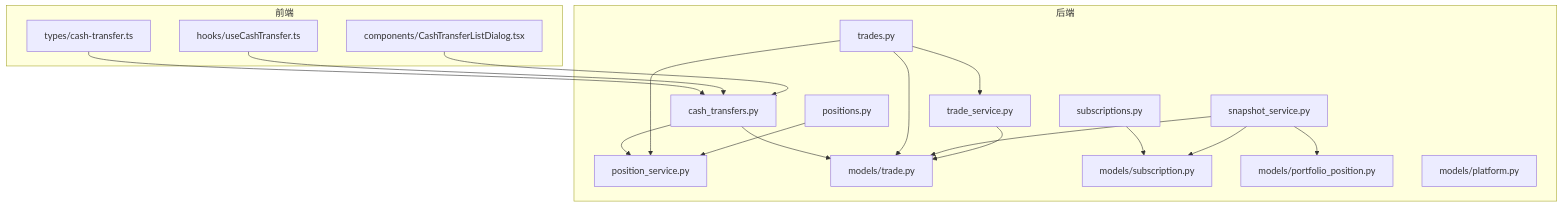
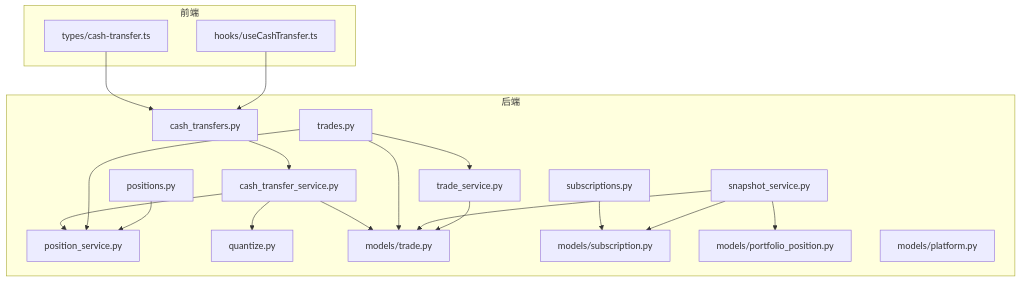
The first of 9 diagrams in .qoder/repowiki/zh/content/核心业务功能/平台间现金转移系统.md (gujialind/InvestRing), drawn with Mermaid before and after one commit. The commit also changed other lines of this file and 65 other files, not shown here.

````diff
--- a/.qoder/repowiki/zh/content/核心业务功能/平台间现金转移系统.md
+++ b/.qoder/repowiki/zh/content/核心业务功能/平台间现金转移系统.md
@@ -63,35 +63,37 @@
 ```mermaid
 graph TB
 subgraph "后端"
 R1["cash_transfers.py"]
 R2["trades.py"]
 R3["subscriptions.py"]
 R4["positions.py"]
 S1["snapshot_service.py"]
 S2["position_service.py"]
 S3["trade_service.py"]
+S4["cash_transfer_service.py"]
+U1["quantize.py"]
 M1["models/trade.py"]
 M2["models/subscription.py"]
 M3["models/portfolio_position.py"]
 M4["models/platform.py"]
 end
 subgraph "前端"
 F1["types/cash-transfer.ts"]
 F2["hooks/useCashTransfer.ts"]
-F3["components/CashTransferListDialog.tsx"]
 end
 F1 --> R1
 F2 --> R1
-F3 --> R1
-R1 --> S2
-R1 --> M1
+R1 --> S4
+S4 --> U1
+S4 --> S2
+S4 --> M1
 R2 --> S2
 R2 --> S3
 R2 --> M1
 R3 --> M2
 R4 --> S2
 S1 --> M3
 S1 --> M1
 S1 --> M2
 S3 --> M1
 ```
````
